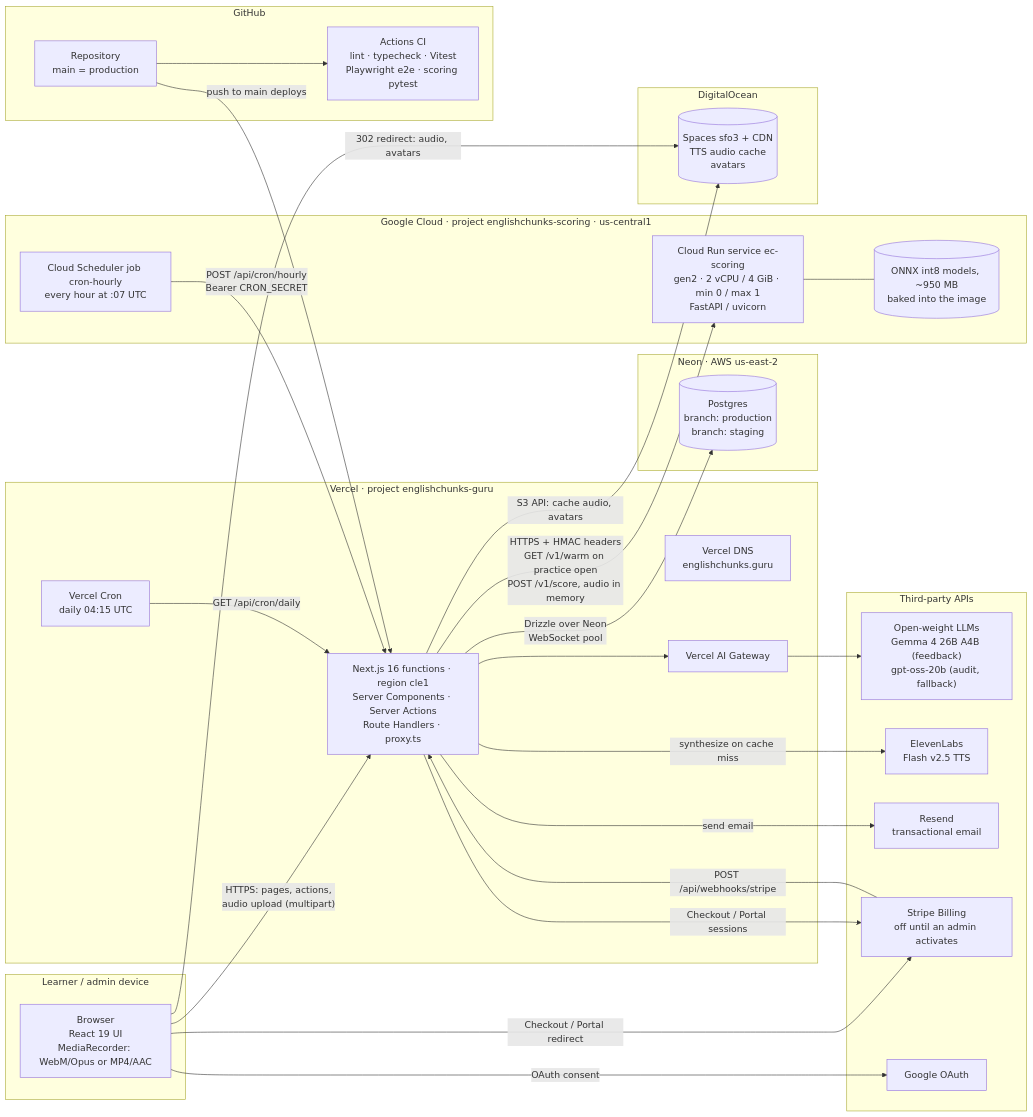
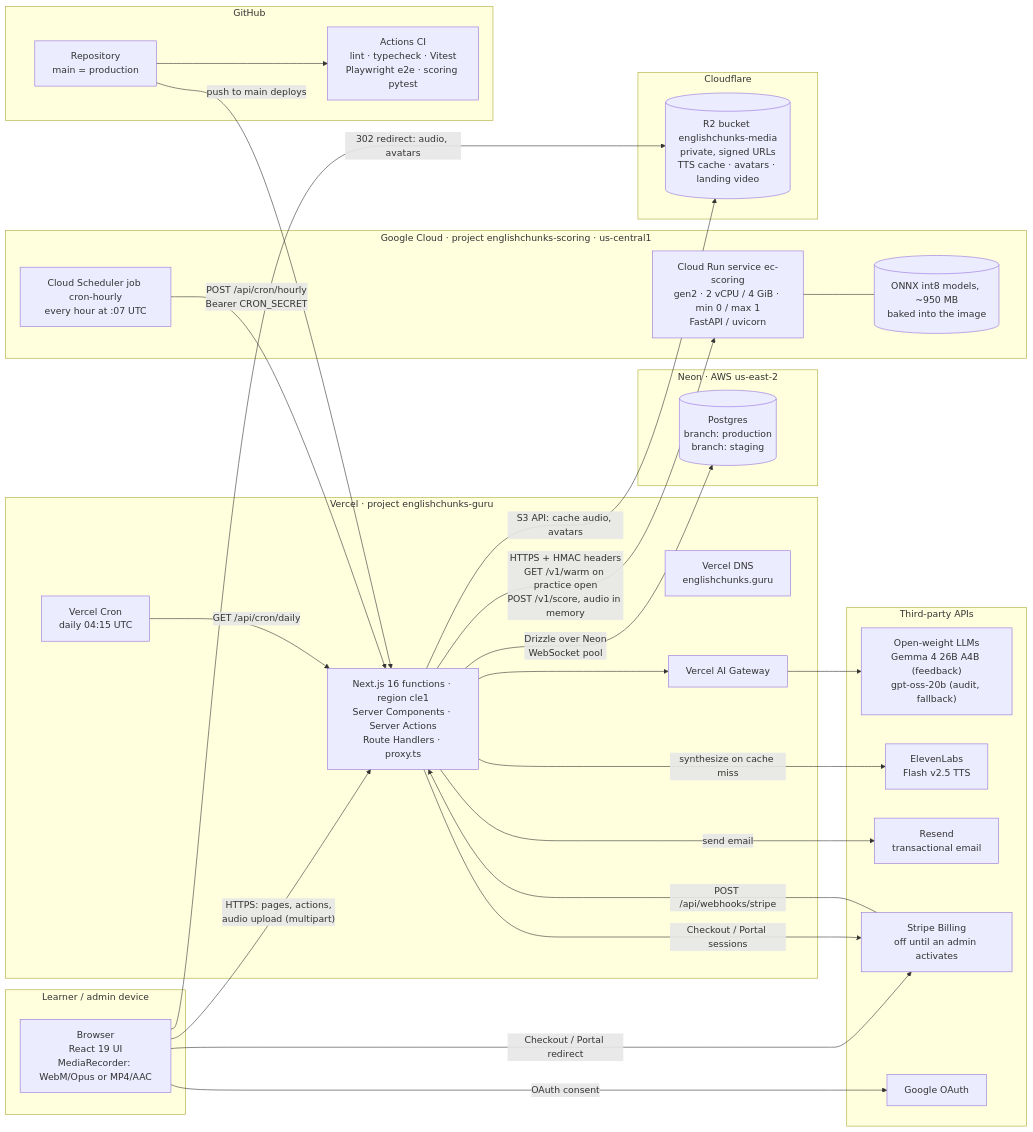
The first of 3 diagrams in docs/architecture.md (gusanchefullstack/englishchunks.guru), drawn with Mermaid before and after one commit. The commit also changed other lines of this file and 17 other files, not shown here.

First line of the commit message:
feat(storage): move object storage from DigitalOcean Spaces to Cloudflare R2 (#26)

````diff
--- a/docs/architecture.md
+++ b/docs/architecture.md
@@ -13,58 +13,58 @@
 ```mermaid
 flowchart LR
   subgraph Client["Learner / admin device"]
     B["Browser<br/>React 19 UI<br/>MediaRecorder: WebM/Opus or MP4/AAC"]
   end
 
   subgraph Vercel["Vercel · project englishchunks-guru"]
     DNS["Vercel DNS<br/>englishchunks.guru"]
     FN["Next.js 16 functions · region cle1<br/>Server Components · Server Actions<br/>Route Handlers · proxy.ts"]
     VC["Vercel Cron<br/>daily 04:15 UTC"]
     GW["Vercel AI Gateway"]
   end
 
   subgraph Neon["Neon · AWS us-east-2"]
     PG[("Postgres<br/>branch: production<br/>branch: staging")]
   end
 
   subgraph GCP["Google Cloud · project englishchunks-scoring · us-central1"]
     SC["Cloud Run service ec-scoring<br/>gen2 · 2 vCPU / 4 GiB · min 0 / max 1<br/>FastAPI / uvicorn"]
     MOD[("ONNX int8 models, ~950 MB<br/>baked into the image")]
     TMR["Cloud Scheduler job cron-hourly<br/>every hour at :07 UTC"]
   end
 
-  subgraph DOC["DigitalOcean"]
-    SP[("Spaces sfo3 + CDN<br/>TTS audio cache<br/>avatars")]
+  subgraph CF["Cloudflare"]
+    SP[("R2 bucket englishchunks-media<br/>private, signed URLs<br/>TTS cache · avatars · landing video")]
   end
 
   subgraph Ext["Third-party APIs"]
     LLM["Open-weight LLMs<br/>Gemma 4 26B A4B (feedback)<br/>gpt-oss-20b (audit, fallback)"]
     EL["ElevenLabs<br/>Flash v2.5 TTS"]
     RS["Resend<br/>transactional email"]
     ST["Stripe Billing<br/>off until an admin activates"]
     GO["Google OAuth"]
   end
 
   subgraph GH["GitHub"]
     REPO["Repository<br/>main = production"]
     CI["Actions CI<br/>lint · typecheck · Vitest<br/>Playwright e2e · scoring pytest"]
   end
 
   B -- "HTTPS: pages, actions,<br/>audio upload (multipart)" --> FN
   B -- "302 redirect: audio, avatars" --> SP
   B -- "Checkout / Portal redirect" --> ST
   B -- "OAuth consent" --> GO
   FN -- "Drizzle over Neon<br/>WebSocket pool" --> PG
   FN -- "HTTPS + HMAC headers<br/>GET /v1/warm on practice open<br/>POST /v1/score, audio in memory" --> SC
   SC --- MOD
   TMR -- "POST /api/cron/hourly<br/>Bearer CRON_SECRET" --> FN
   VC -- "GET /api/cron/daily" --> FN
   FN --> GW --> LLM
   FN -- "synthesize on cache miss" --> EL
   FN -- "S3 API: cache audio, avatars" --> SP
   FN -- "send email" --> RS
   FN -- "Checkout / Portal sessions" --> ST
   ST -- "POST /api/webhooks/stripe" --> FN
   REPO -- "push to main deploys" --> FN
   REPO --> CI
 ```
````
